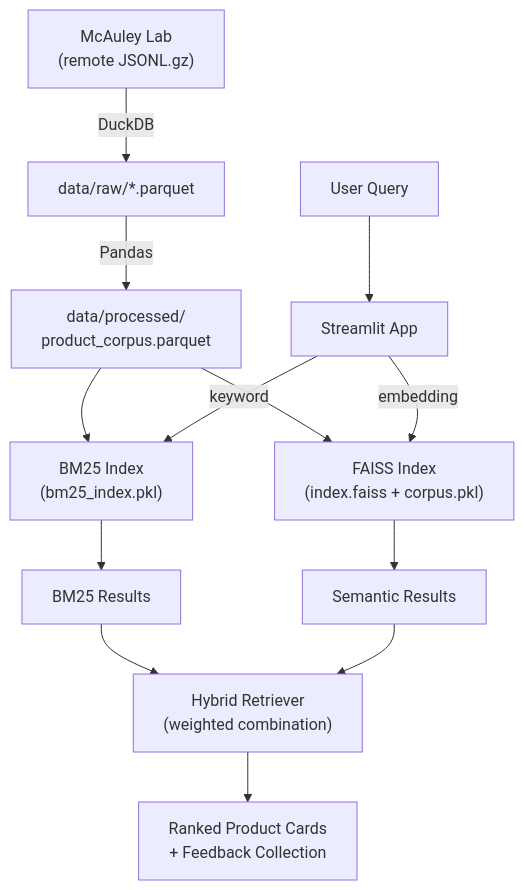
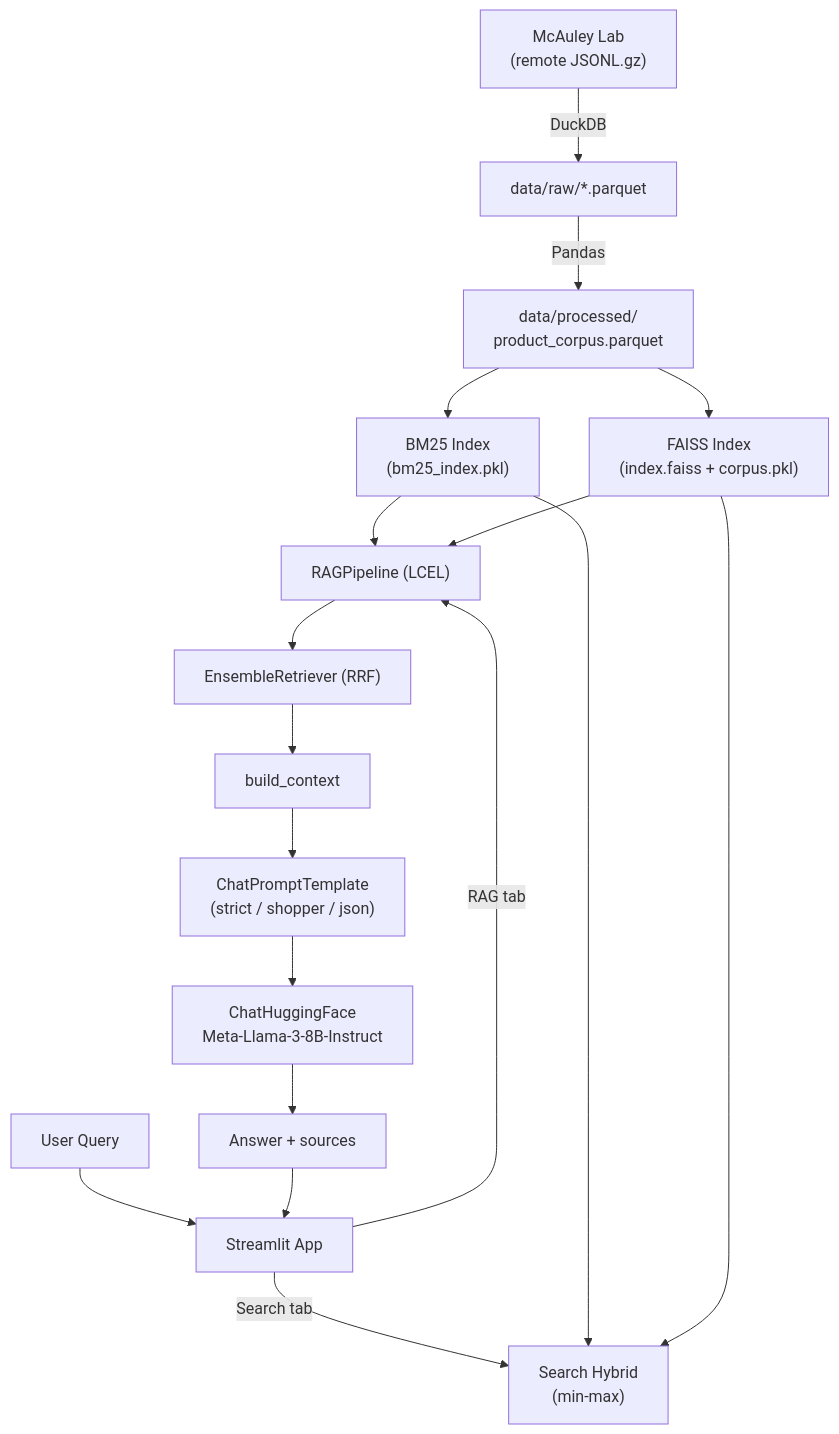
The diagram in README.md (UBC-MDS/DSCI_575_project_willchh_jiromig), drawn with Mermaid before and after one commit. The commit also changed other lines of this file and 1 other file, not shown here.

Commit message:
docs: add RAG section, workflow diagram, and v0.2.0 changelog

````diff
--- a/README.md
+++ b/README.md
@@ -23,15 +24,20 @@
 ```mermaid
 flowchart TD
     A["McAuley Lab\n(remote JSONL.gz)"] -->|DuckDB| B["data/raw/*.parquet"]
     B -->|Pandas| C["data/processed/\nproduct_corpus.parquet"]
     C --> D["BM25 Index\n(bm25_index.pkl)"]
     C --> E["FAISS Index\n(index.faiss + corpus.pkl)"]
     F["User Query"] --> G["Streamlit App"]
-    G -->|keyword| D
-    G -->|embedding| E
-    D --> H["BM25 Results"]
-    E --> I["Semantic Results"]
-    H --> J["Hybrid Retriever\n(weighted combination)"]
-    I --> J
-    J --> K["Ranked Product Cards\n+ Feedback Collection"]
+    G -->|Search tab| Hybrid["Search Hybrid\n(min-max)"]
+    G -->|RAG tab| RP["RAGPipeline (LCEL)"]
+    D --> RP
+    E --> RP
+    D --> Hybrid
+    E --> Hybrid
+    RP --> Ens["EnsembleRetriever (RRF)"]
+    Ens --> Ctx["build_context"]
+    Ctx --> Tmpl["ChatPromptTemplate\n(strict / shopper / json)"]
+    Tmpl --> LLM["ChatHuggingFace\nMeta-Llama-3-8B-Instruct"]
+    LLM --> Ans["Answer + sources"]
+    Ans --> G
 ```
````
